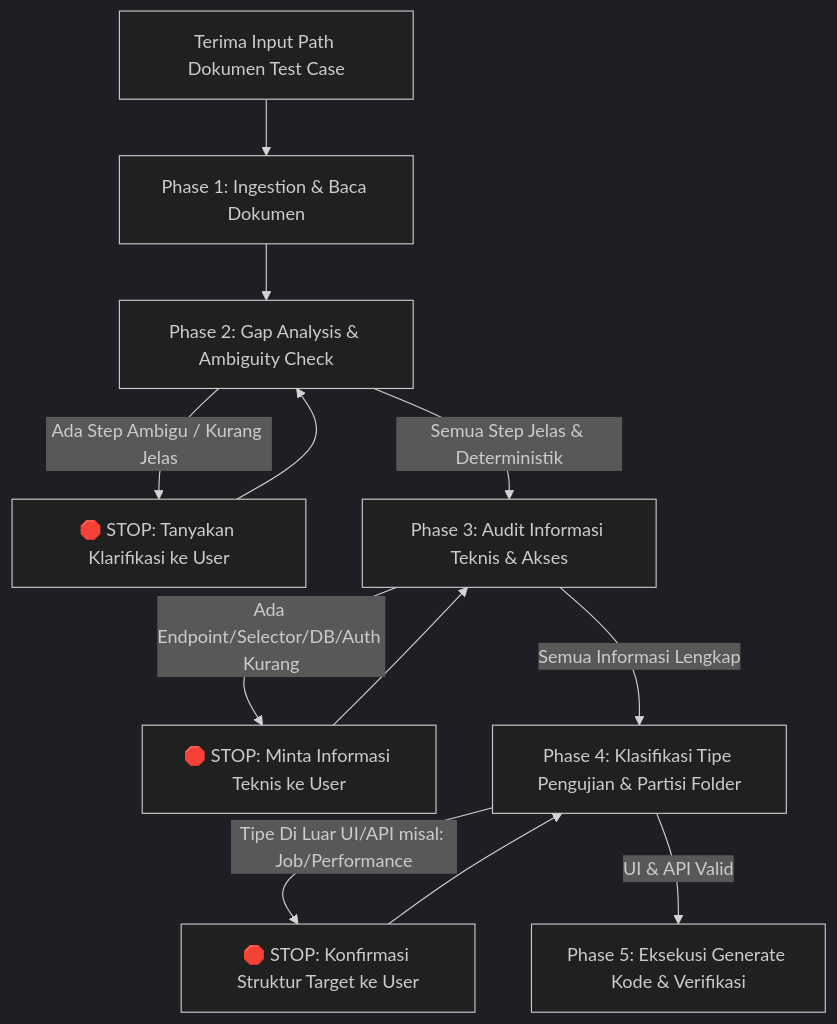
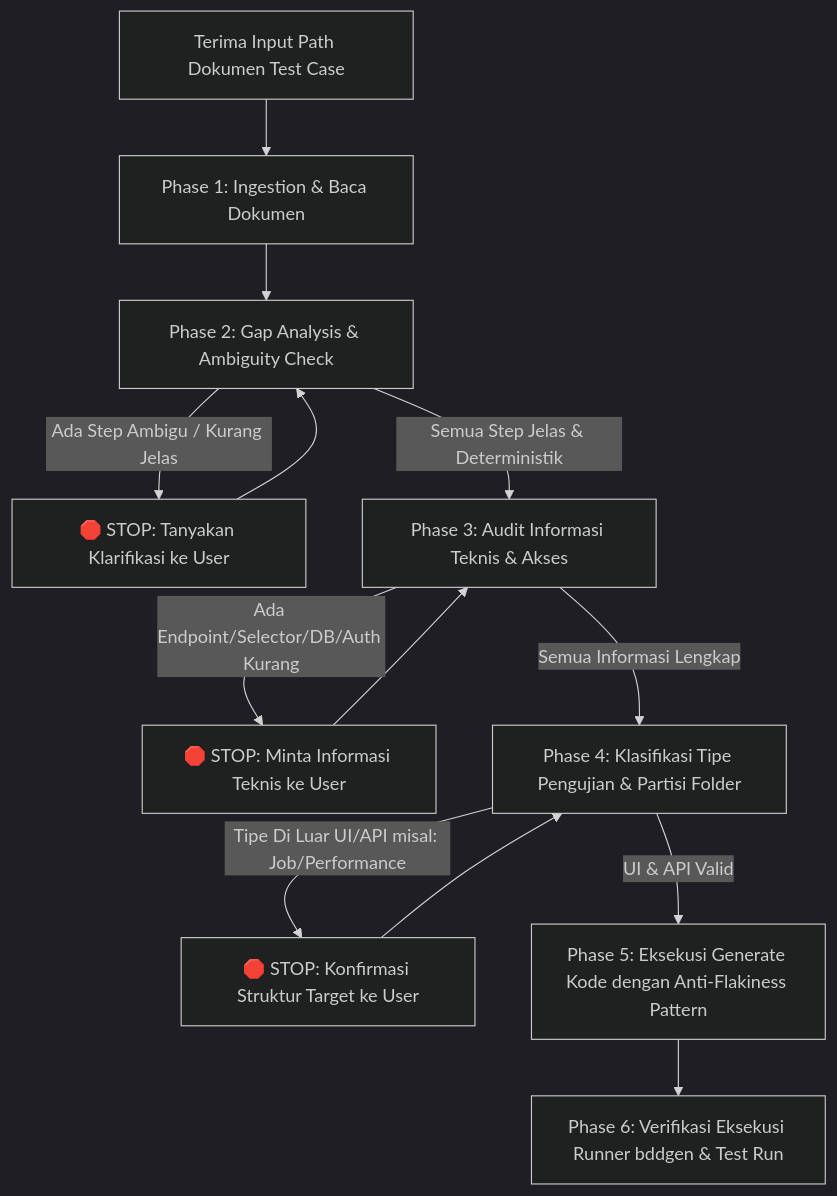
The diagram in .agents/skills/generate-automation/SKILL.md (fadlyady/automationWithAI), drawn with Mermaid (dark theme) before and after one commit. The commit also changed other lines of this file and 18 other files, not shown here.

Commit message:
feat: upgrade generate-automation skill with anti-flakiness hygiene, add review-automation-skill, and add OrangeHRM UI test suite

````diff
--- a/.agents/skills/generate-automation/SKILL.md
+++ b/.agents/skills/generate-automation/SKILL.md
@@ -19,14 +50,15 @@
 ```mermaid
 flowchart TD
     A[Terima Input Path Dokumen Test Case] --> B[Phase 1: Ingestion & Baca Dokumen]
     B --> C[Phase 2: Gap Analysis & Ambiguity Check]
     C -->|Ada Step Ambigu / Kurang Jelas| D[🛑 STOP: Tanyakan Klarifikasi ke User]
     D --> C
     C -->|Semua Step Jelas & Deterministik| E[Phase 3: Audit Informasi Teknis & Akses]
     E -->|Ada Endpoint/Selector/DB/Auth Kurang| F[🛑 STOP: Minta Informasi Teknis ke User]
     F --> E
     E -->|Semua Informasi Lengkap| G[Phase 4: Klasifikasi Tipe Pengujian & Partisi Folder]
     G -->|Tipe Di Luar UI/API misal: Job/Performance| H[🛑 STOP: Konfirmasi Struktur Target ke User]
     H --> G
-    G -->|UI & API Valid| I[Phase 5: Eksekusi Generate Kode & Verifikasi]
+    G -->|UI & API Valid| I[Phase 5: Eksekusi Generate Kode dengan Anti-Flakiness Pattern]
+    I --> J[Phase 6: Verifikasi Eksekusi Runner bddgen & Test Run]
 ```
````
